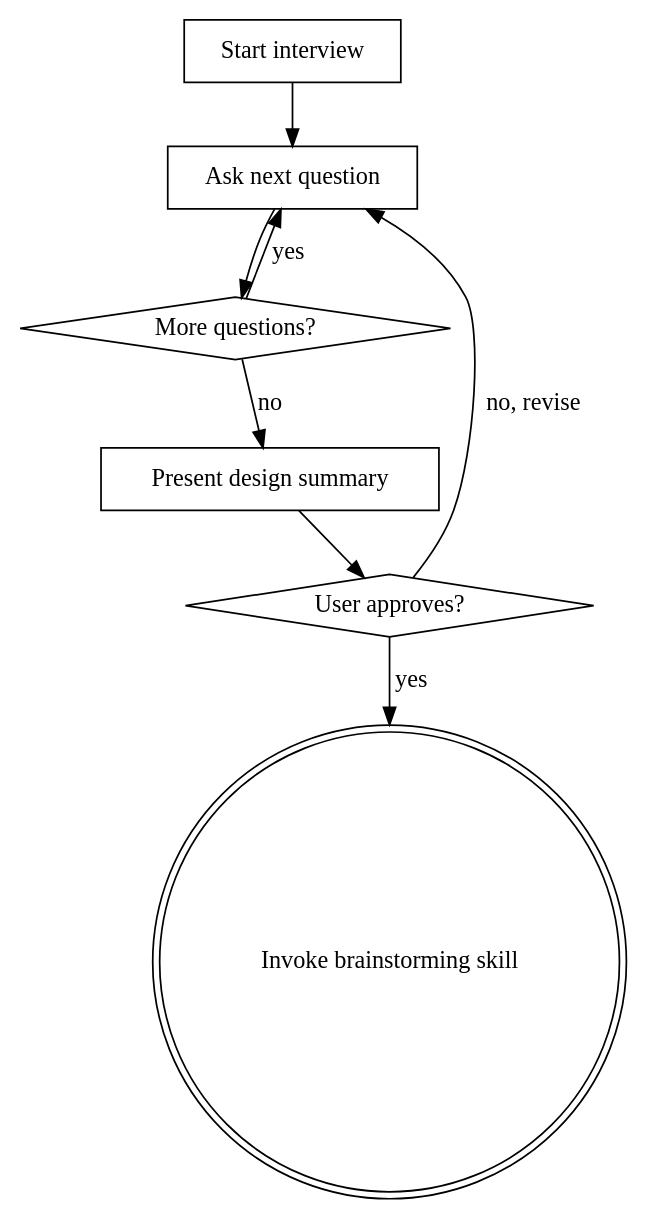
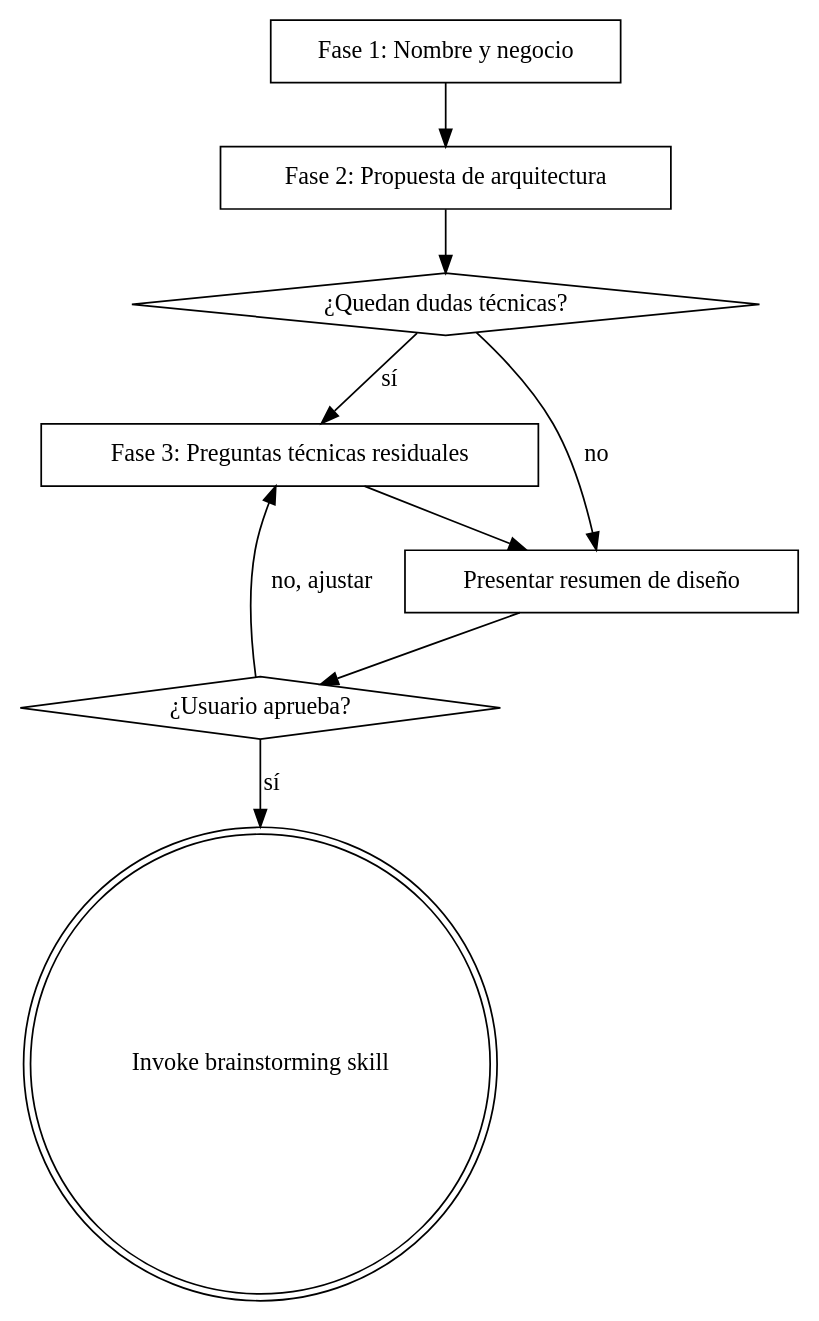
One commit to sergiodev80/Smart-Admin-FT changed the diagram in .claude/skills/new-app/SKILL.md. Above: the diagram before and after it, drawn with Graphviz. The commit also changed other lines of this file, not shown here.

Commit message:
feat(skill): rewrite new-app interview — business-first flow with architecture proposal

````diff
--- a/.claude/skills/new-app/SKILL.md
+++ b/.claude/skills/new-app/SKILL.md
@@ -16,18 +16,20 @@
 ```dot
 digraph new_app {
-    "Start interview" [shape=box];
-    "Ask next question" [shape=box];
-    "More questions?" [shape=diamond];
-    "Present design summary" [shape=box];
-    "User approves?" [shape=diamond];
+    "Fase 1: Nombre y negocio" [shape=box];
+    "Fase 2: Propuesta de arquitectura" [shape=box];
+    "¿Quedan dudas técnicas?" [shape=diamond];
+    "Fase 3: Preguntas técnicas residuales" [shape=box];
+    "Presentar resumen de diseño" [shape=box];
+    "¿Usuario aprueba?" [shape=diamond];
     "Invoke brainstorming skill" [shape=doublecircle];
 
-    "Start interview" -> "Ask next question";
-    "Ask next question" -> "More questions?";
-    "More questions?" -> "Ask next question" [label="yes"];
-    "More questions?" -> "Present design summary" [label="no"];
-    "Present design summary" -> "User approves?";
-    "User approves?" -> "Ask next question" [label="no, revise"];
-    "User approves?" -> "Invoke brainstorming skill" [label="yes"];
+    "Fase 1: Nombre y negocio" -> "Fase 2: Propuesta de arquitectura";
+    "Fase 2: Propuesta de arquitectura" -> "¿Quedan dudas técnicas?";
+    "¿Quedan dudas técnicas?" -> "Fase 3: Preguntas técnicas residuales" [label="sí"];
+    "¿Quedan dudas técnicas?" -> "Presentar resumen de diseño" [label="no"];
+    "Fase 3: Preguntas técnicas residuales" -> "Presentar resumen de diseño";
+    "Presentar resumen de diseño" -> "¿Usuario aprueba?";
+    "¿Usuario aprueba?" -> "Fase 3: Preguntas técnicas residuales" [label="no, ajustar"];
+    "¿Usuario aprueba?" -> "Invoke brainstorming skill" [label="sí"];
 }
 ```
````
